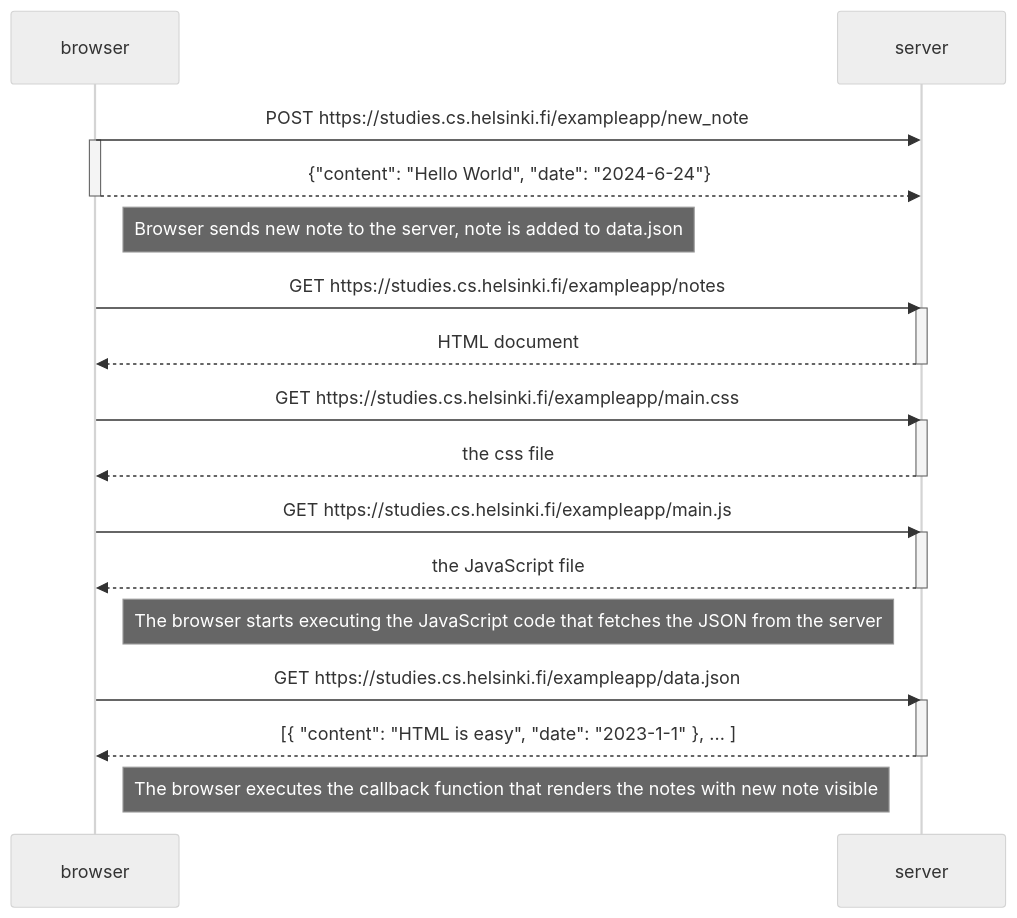
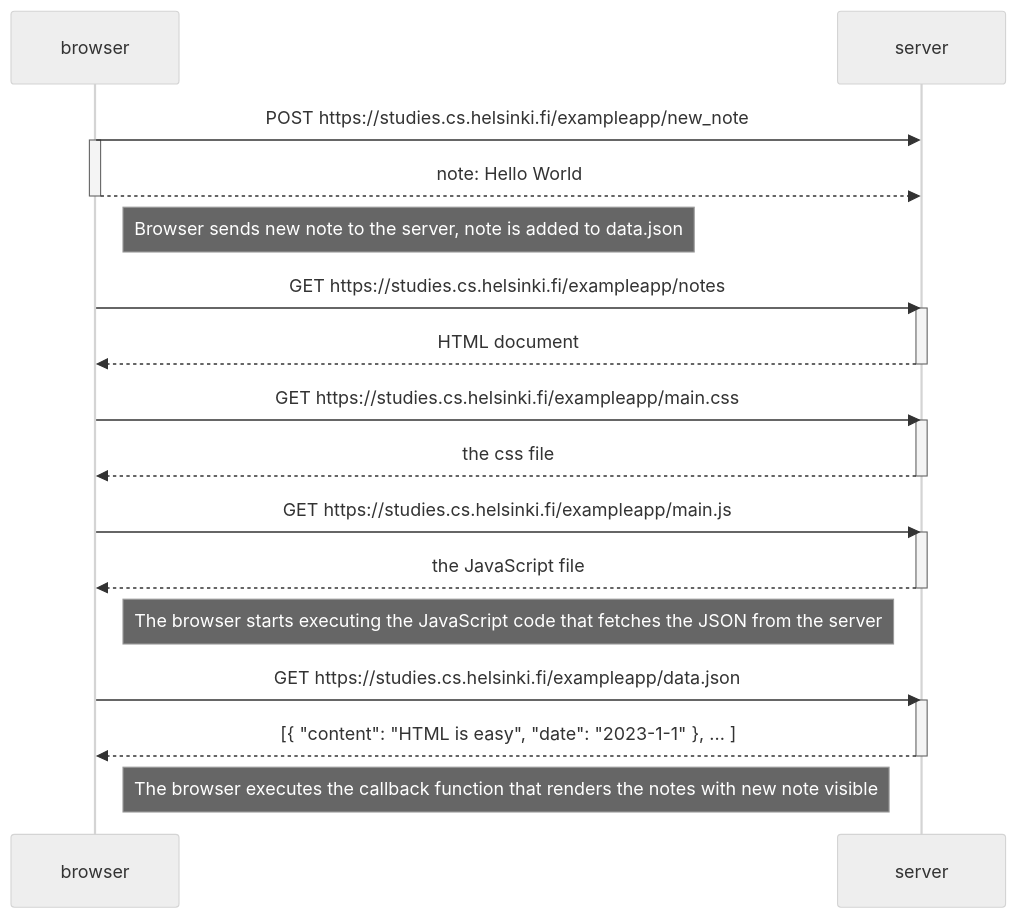
Before and after one commit to donovannickol/FSO: the diagram in part0/04.md, drawn with Mermaid (neutral theme).

````diff
--- a/part0/04.md
+++ b/part0/04.md
@@ -1,36 +1,36 @@
 ```mermaid
 sequenceDiagram
     participant browser
     participant server
 
     browser->>server: POST https://studies.cs.helsinki.fi/exampleapp/new_note
     activate browser
-    browser-->>server: {"content": "Hello World", "date": "2024-6-24"}
+    browser-->>server: note: Hello World
     deactivate browser
 
     Note right of browser: Browser sends new note to the server, note is added to data.json
 
     browser->>server: GET https://studies.cs.helsinki.fi/exampleapp/notes
     activate server
     server-->>browser: HTML document
     deactivate server
 
     browser->>server: GET https://studies.cs.helsinki.fi/exampleapp/main.css
     activate server
     server-->>browser: the css file
     deactivate server
 
     browser->>server: GET https://studies.cs.helsinki.fi/exampleapp/main.js
     activate server
     server-->>browser: the JavaScript file
     deactivate server
 
     Note right of browser: The browser starts executing the JavaScript code that fetches the JSON from the server
 
     browser->>server: GET https://studies.cs.helsinki.fi/exampleapp/data.json
     activate server
     server-->>browser: [{ "content": "HTML is easy", "date": "2023-1-1" }, ... ]
     deactivate server
 
     Note right of browser: The browser executes the callback function that renders the notes with new note visible
 ```
````
